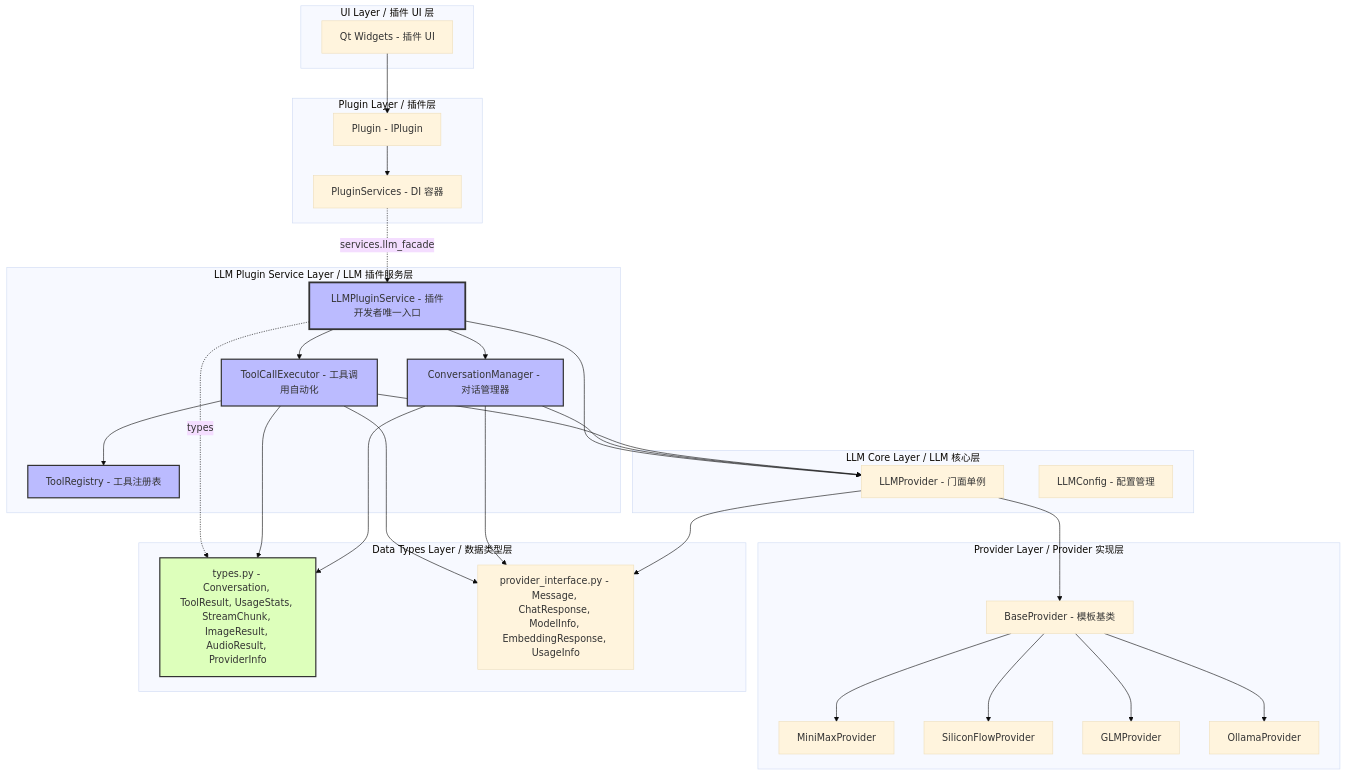
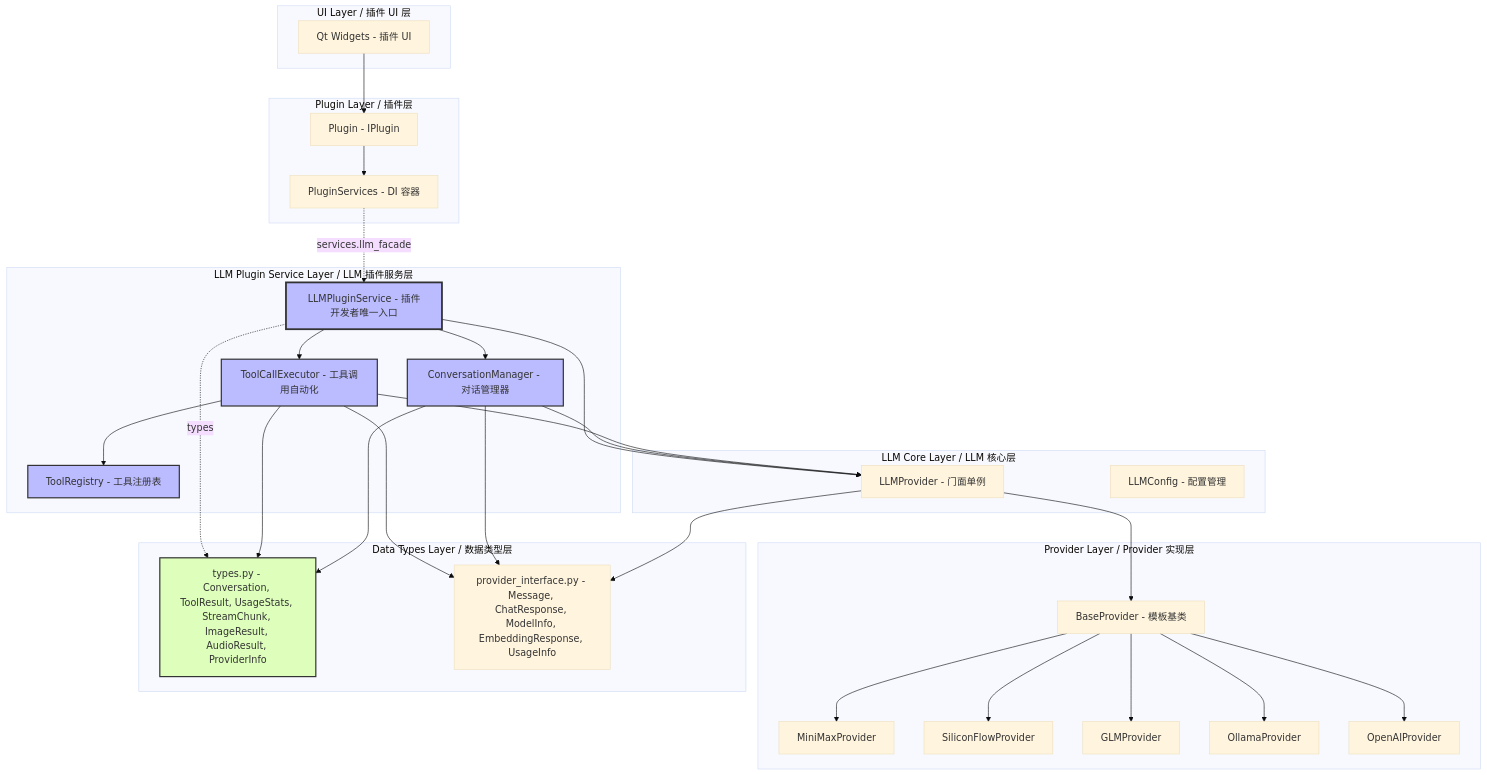
Before and after one commit to KKPIP-Tech/InstructionX: the first of 7 diagrams in docs/core/llm-provider/overview.md, drawn with Mermaid (base theme). The commit also changed other lines of this file and 24 other files, not shown here.

````diff
--- a/docs/core/llm-provider/overview.md
+++ b/docs/core/llm-provider/overview.md
@@ -48,63 +49,65 @@
 ```mermaid
 graph TB
     subgraph UI [UI Layer / 插件 UI 层]
         UI1[Qt Widgets - 插件 UI]
     end
 
     subgraph PL [Plugin Layer / 插件层]
         P1[Plugin - IPlugin]
         PS[PluginServices - DI 容器]
     end
 
     subgraph LPS [LLM Plugin Service Layer / LLM 插件服务层]
         LPS1[LLMPluginService - 插件开发者唯一入口]
         CM[ConversationManager - 对话管理器]
         TCE[ToolCallExecutor - 工具调用自动化]
         TR[ToolRegistry - 工具注册表]
     end
 
     subgraph LCL [LLM Core Layer / LLM 核心层]
         LLP[LLMProvider - 门面单例]
         LC[LLMConfig - 配置管理]
     end
 
     subgraph PRV [Provider Layer / Provider 实现层]
         BP[BaseProvider - 模板基类]
         MiniMax[MiniMaxProvider]
         SiliconFlow[SiliconFlowProvider]
         GLM[GLMProvider]
         Ollama[OllamaProvider]
+        OpenAI[OpenAIProvider]
     end
 
     subgraph DT [Data Types Layer / 数据类型层]
         TI[types.py - Conversation, ToolResult, UsageStats, StreamChunk, ImageResult, AudioResult, ProviderInfo]
         PI[provider_interface.py - Message, ChatResponse, ModelInfo, EmbeddingResponse, UsageInfo]
     end
 
     UI1 --> P1
     P1 --> PS
     PS -.->|"services.llm_facade"| LPS1
     LPS1 --> CM
     LPS1 --> TCE
     TCE --> TR
     TCE --> LLP
     CM --> LLP
     LPS1 --> LLP
     LLP --> BP
     BP --> MiniMax
     BP --> SiliconFlow
     BP --> GLM
     BP --> Ollama
+    BP --> OpenAI
     CM --> TI
     TCE --> TI
     LPS1 -.->|"types"| TI
     LLP --> PI
     CM --> PI
     TCE --> PI
 
     style LPS1 fill:#bbf,stroke:#333,stroke-width:3px
     style CM fill:#bbf,stroke:#333,stroke-width:2px
     style TCE fill:#bbf,stroke:#333,stroke-width:2px
     style TR fill:#bbf,stroke:#333,stroke-width:2px
     style TI fill:#dfb,stroke:#333,stroke-width:2px
 ```
````
